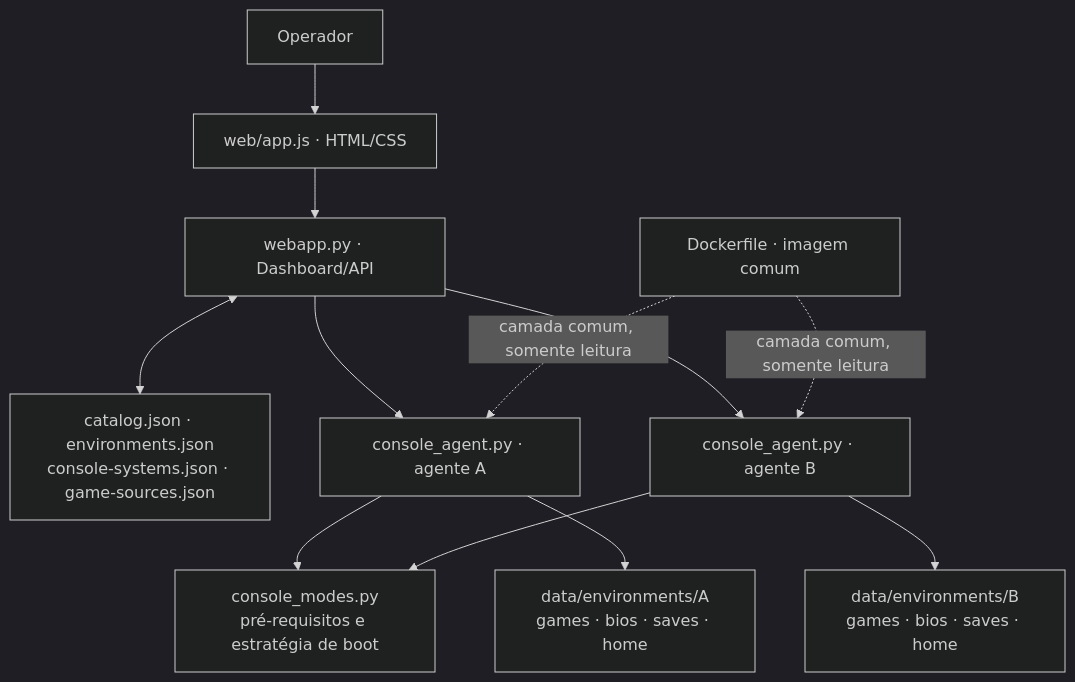
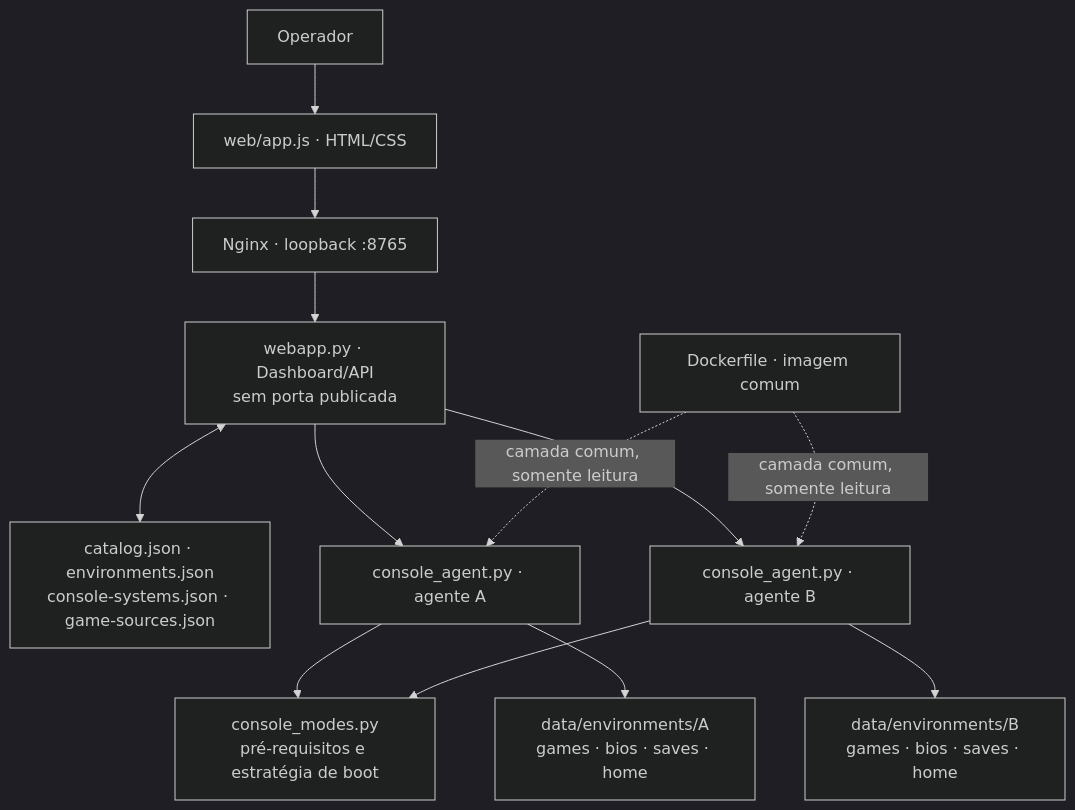
Before and after one commit to joao-henrike/EmuStack: the diagram in docs/ARCHITECTURE-AND-TESTS.md, drawn with Mermaid (dark theme). The commit also changed other lines of this file, not shown here.

Commit message:
docs(architecture): describe loopback proxy and private backend network

````diff
--- a/docs/ARCHITECTURE-AND-TESTS.md
+++ b/docs/ARCHITECTURE-AND-TESTS.md
@@ -18,23 +18,24 @@
 ```mermaid
 flowchart TB
     User["Operador"]
     Browser["web/app.js · HTML/CSS"]
-    Dashboard["webapp.py · Dashboard/API"]
+    Proxy["Nginx · loopback :8765"]
+    Dashboard["webapp.py · Dashboard/API<br/>sem porta publicada"]
     Manifests["catalog.json · environments.json<br/>console-systems.json · game-sources.json"]
     AgentA["console_agent.py · agente A"]
     AgentB["console_agent.py · agente B"]
     Modes["console_modes.py<br/>pré-requisitos e estratégia de boot"]
     DataA["data/environments/A<br/>games · bios · saves · home"]
     DataB["data/environments/B<br/>games · bios · saves · home"]
     Runtime["Dockerfile · imagem comum"]
-    User --> Browser --> Dashboard
+    User --> Browser --> Proxy --> Dashboard
     Dashboard <--> Manifests
     Dashboard --> AgentA
     Dashboard --> AgentB
     AgentA --> Modes
     AgentB --> Modes
     AgentA --> DataA
     AgentB --> DataB
     Runtime -. "camada comum, somente leitura" .-> AgentA
     Runtime -. "camada comum, somente leitura" .-> AgentB
 ```
````
